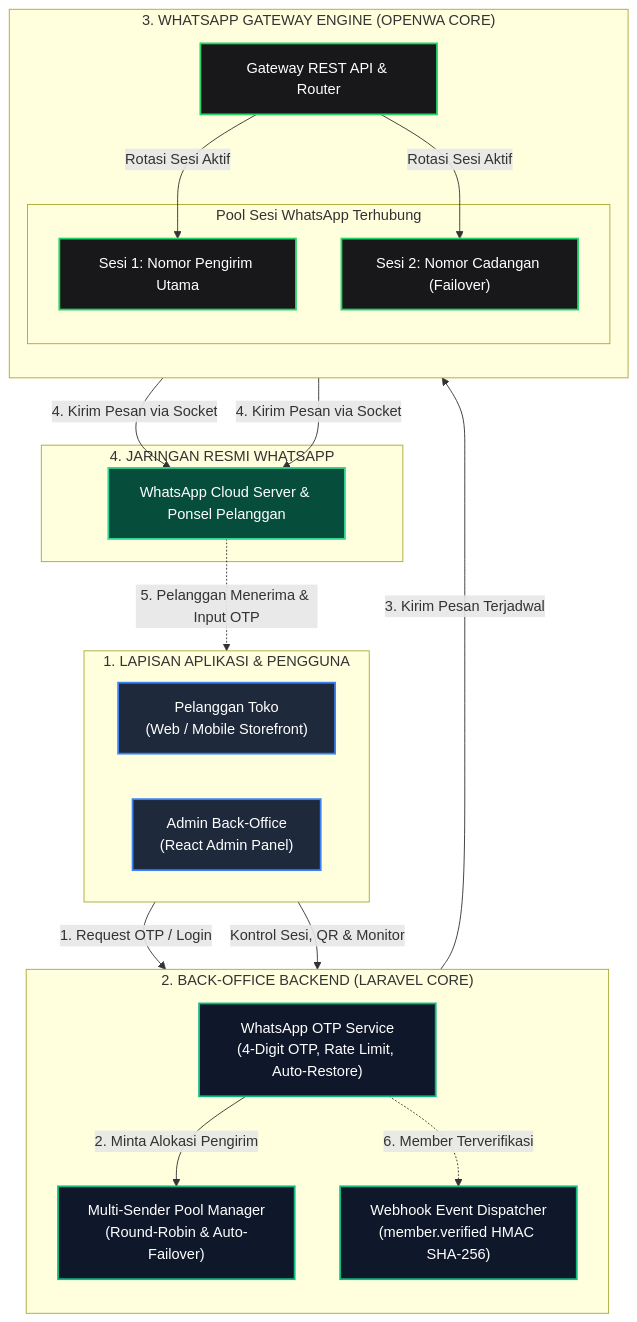
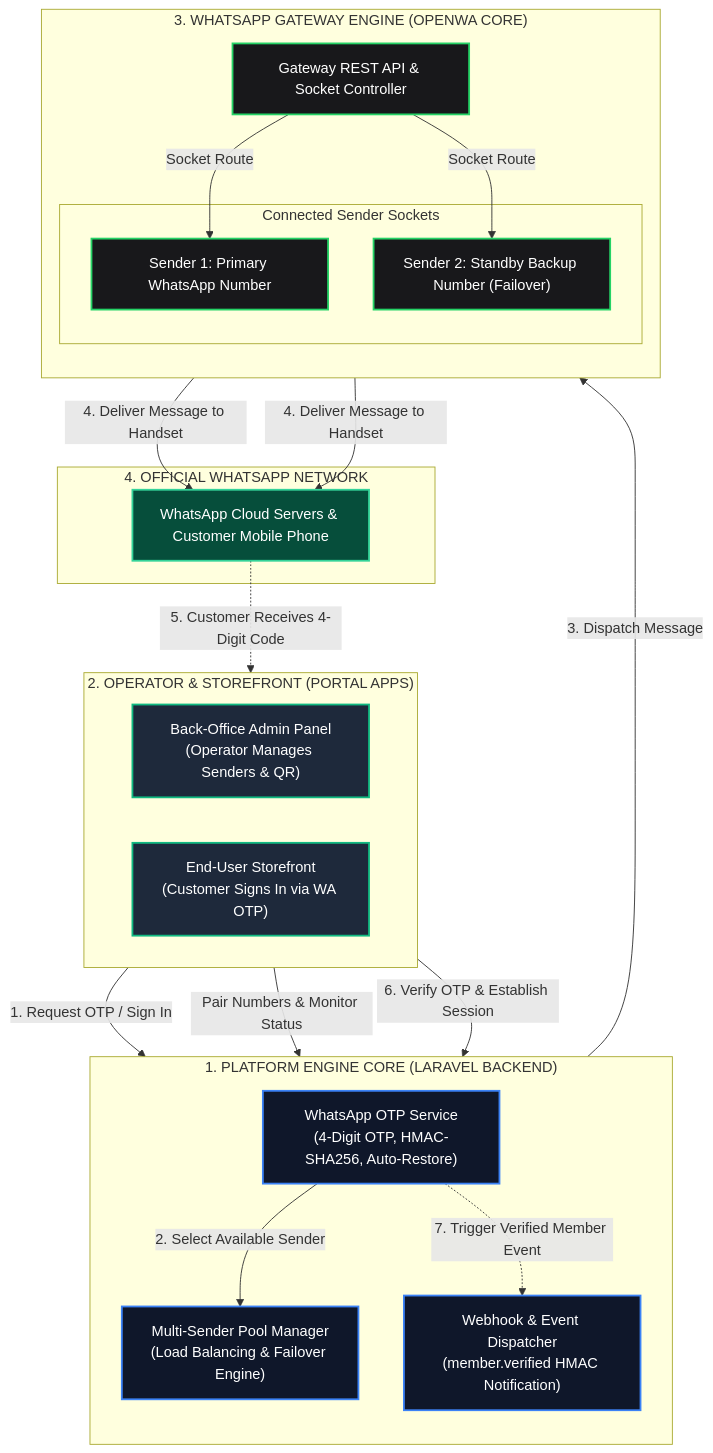
Before and after one commit to billi-panca-wijaya/wa-gateway: the first of 4 diagrams in README.md, drawn with Mermaid. The commit also changed other lines of this file and 1 other file, not shown here.

````diff
--- a/README.md
+++ b/README.md
@@ -33,43 +38,44 @@
 ```mermaid
 flowchart TD
-    classDef client fill:#1e293b,stroke:#3b82f6,stroke-width:2px,color:#fff;
-    classDef backend fill:#0f172a,stroke:#10b981,stroke-width:2px,color:#fff;
+    classDef platform fill:#0f172a,stroke:#3b82f6,stroke-width:2px,color:#fff;
+    classDef operator fill:#1e293b,stroke:#10b981,stroke-width:2px,color:#fff;
     classDef gateway fill:#18181b,stroke:#25d366,stroke-width:2px,color:#fff;
-    classDef wa fill:#064e3b,stroke:#34d399,stroke-width:2px,color:#fff;
+    classDef enduser fill:#064e3b,stroke:#34d399,stroke-width:2px,color:#fff;
 
-    subgraph CLIENT_LAYER ["1. LAPISAN APLIKASI & PENGGUNA"]
-        direction LR
-        C1["Pelanggan Toko<br/>(Web / Mobile Storefront)"]:::client
-        C2["Admin Back-Office<br/>(React Admin Panel)"]:::client
+    subgraph PLATFORM_LAYER ["1. PLATFORM ENGINE CORE (LARAVEL BACKEND)"]
+        direction TB
+        B1["WhatsApp OTP Service<br/>(4-Digit OTP, HMAC-SHA256, Auto-Restore)"]:::platform
+        B2["Multi-Sender Pool Manager<br/>(Load Balancing & Failover Engine)"]:::platform
+        B3["Webhook & Event Dispatcher<br/>(member.verified HMAC Notification)"]:::platform
     end
 
-    subgraph BACKEND_LAYER ["2. BACK-OFFICE BACKEND (LARAVEL CORE)"]
-        direction TB
-        B1["WhatsApp OTP Service<br/>(4-Digit OTP, Rate Limit, Auto-Restore)"]:::backend
-        B2["Multi-Sender Pool Manager<br/>(Round-Robin & Auto-Failover)"]:::backend
-        B3["Webhook Event Dispatcher<br/>(member.verified HMAC SHA-256)"]:::backend
+    subgraph OPERATOR_LAYER ["2. OPERATOR & STOREFRONT (PORTAL APPS)"]
+        direction LR
+        O1["Back-Office Admin Panel<br/>(Operator Manages Senders & QR)"]:::operator
+        O2["End-User Storefront<br/>(Customer Signs In via WA OTP)"]:::operator
     end
 
     subgraph GATEWAY_LAYER ["3. WHATSAPP GATEWAY ENGINE (OPENWA CORE)"]
         direction TB
-        G1["Gateway REST API & Router"]:::gateway
-        subgraph SESSIONS ["Pool Sesi WhatsApp Terhubung"]
-            S1["Sesi 1: Nomor Pengirim Utama"]:::gateway
-            S2["Sesi 2: Nomor Cadangan (Failover)"]:::gateway
+        G1["Gateway REST API & Socket Controller"]:::gateway
+        subgraph ACTIVE_POOL ["Connected Sender Sockets"]
+            S1["Sender 1: Primary WhatsApp Number"]:::gateway
+            S2["Sender 2: Standby Backup Number (Failover)"]:::gateway
         end
     end
 
-    subgraph WA_NETWORK ["4. JARINGAN RESMI WHATSAPP"]
-        W1["WhatsApp Cloud Server & Ponsel Pelanggan"]:::wa
+    subgraph WA_NETWORK ["4. OFFICIAL WHATSAPP NETWORK"]
+        W1["WhatsApp Cloud Servers & Customer Mobile Phone"]:::enduser
     end
 
-    %% Alur data utama
-    C1 -->|"1. Request OTP / Login"| B1
-    C2 -->|"Kontrol Sesi, QR & Monitor"| B2
-    B1 -->|"2. Minta Alokasi Pengirim"| B2
-    B2 -->|"3. Kirim Pesan Terjadwal"| G1
-    G1 -->|"Rotasi Sesi Aktif"| S1 & S2
-    S1 & S2 -->|"4. Kirim Pesan via Socket"| W1
-    W1 -.->|"5. Pelanggan Menerima & Input OTP"| C1
-    B1 -.->|"6. Member Terverifikasi"| B3
+    %% Flow interactions
+    O2 -->|"1. Request OTP / Sign In"| B1
+    O1 -->|"Pair Numbers & Monitor Status"| B2
+    B1 -->|"2. Select Available Sender"| B2
+    B2 -->|"3. Dispatch Message"| G1
+    G1 -->|"Socket Route"| S1 & S2
+    S1 & S2 -->|"4. Deliver Message to Handset"| W1
+    W1 -.->|"5. Customer Receives 4-Digit Code"| O2
+    O2 -->|"6. Verify OTP & Establish Session"| B1
+    B1 -.->|"7. Trigger Verified Member Event"| B3
 ```
````
